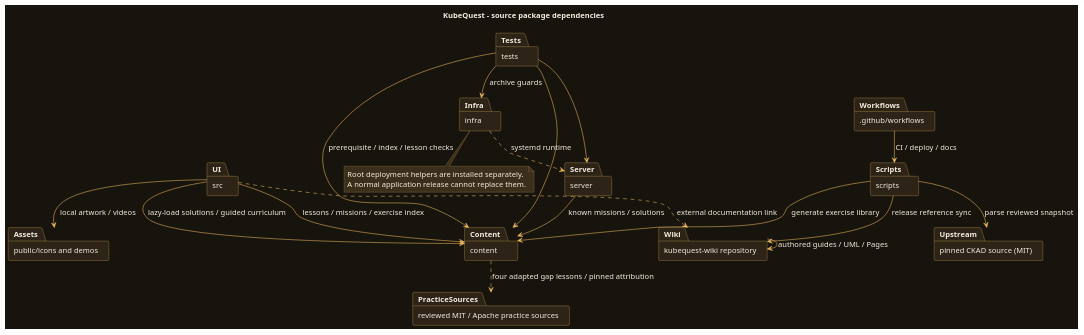
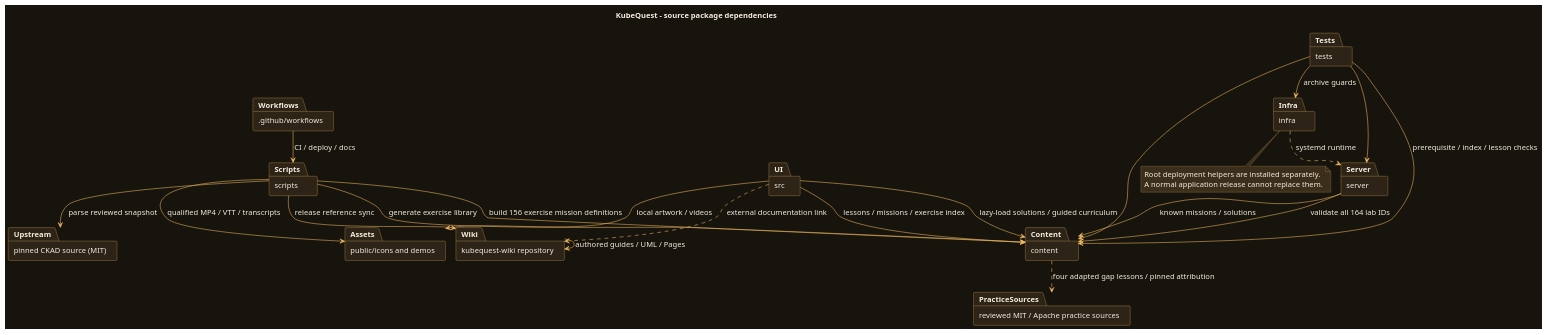
The diagram in diagrams/package.puml (ramideltoro/kubequest-wiki), drawn with PlantUML before and after one commit. The commit also changed 12 other files, not shown here.

```diff
--- a/diagrams/package.puml
+++ b/diagrams/package.puml
@@ -1,103 +1,106 @@
 @startuml
 !pragma layout smetana
 skinparam backgroundColor #17130D
 skinparam defaultFontName SansSerif
 skinparam defaultFontSize 14
 skinparam defaultFontColor #F4ECDF
 skinparam shadowing false
 skinparam ArrowColor #F3BD62
 skinparam LineColor #F3BD62
 skinparam BorderColor #F3BD62
 skinparam defaultBackgroundColor #2D2417
 skinparam classBackgroundColor #2D2417
 skinparam classBorderColor #F3BD62
 skinparam classFontColor #F4ECDF
 skinparam componentBackgroundColor #2D2417
 skinparam componentBorderColor #F3BD62
 skinparam componentFontColor #F4ECDF
 skinparam nodeBackgroundColor #2D2417
 skinparam nodeBorderColor #F3BD62
 skinparam nodeFontColor #F4ECDF
 skinparam packageBackgroundColor #2D2417
 skinparam packageBorderColor #F3BD62
 skinparam packageFontColor #F4ECDF
 skinparam rectangleBackgroundColor #2D2417
 skinparam rectangleBorderColor #F3BD62
 skinparam rectangleFontColor #F4ECDF
 skinparam databaseBackgroundColor #2D2417
 skinparam databaseBorderColor #F3BD62
 skinparam databaseFontColor #F4ECDF
 skinparam cloudBackgroundColor #2D2417
 skinparam cloudBorderColor #F3BD62
 skinparam cloudFontColor #F4ECDF
 skinparam artifactBackgroundColor #2D2417
 skinparam artifactBorderColor #F3BD62
 skinparam artifactFontColor #F4ECDF
 skinparam objectBackgroundColor #2D2417
 skinparam objectBorderColor #F3BD62
 skinparam objectFontColor #F4ECDF
 skinparam stateBackgroundColor #2D2417
 skinparam stateBorderColor #F3BD62
 skinparam stateFontColor #F4ECDF
 skinparam activityBackgroundColor #2D2417
 skinparam activityBorderColor #F3BD62
 skinparam activityFontColor #F4ECDF
 skinparam actorBackgroundColor #2D2417
 skinparam actorBorderColor #F3BD62
 skinparam actorFontColor #F4ECDF
 skinparam usecaseBackgroundColor #2D2417
 skinparam usecaseBorderColor #F3BD62
 skinparam usecaseFontColor #F4ECDF
 skinparam interfaceBackgroundColor #2D2417
 skinparam interfaceBorderColor #F3BD62
 skinparam interfaceFontColor #F4ECDF
 skinparam participantBackgroundColor #2D2417
 skinparam participantBorderColor #F3BD62
 skinparam participantFontColor #F4ECDF
 skinparam classAttributeIconSize 0
 skinparam NoteBackgroundColor #3B2E1A
 skinparam NoteBorderColor #BB9658
 skinparam NoteFontColor #F4ECDF
 skinparam sequenceLifeLineBorderColor #BB9658
 skinparam sequenceLifeLineBackgroundColor #221C13
 skinparam sequenceGroupBackgroundColor #221C13
 skinparam sequenceGroupHeaderFontColor #F4ECDF
 skinparam sequenceGroupBodyBackgroundColor #221C13
 skinparam sequenceDividerBackgroundColor #2D2417
 skinparam sequenceDividerFontColor #F4ECDF
 skinparam activityDiamondBackgroundColor #3B2E1A
 skinparam activityStartColor #F3BD62
 skinparam activityEndColor #F3BD62
 title KubeQuest - source package dependencies
 package src as UI
 package content as Content
 package server as Server
 package "kubequest-wiki repository" as Wiki
 package "public/icons and demos" as Assets
 package infra as Infra
 package scripts as Scripts
 package tests as Tests
 package ".github/workflows" as Workflows
 UI --> Content : lessons / missions / exercise index
 package "pinned CKAD source (MIT)" as Upstream
 Scripts --> Upstream : parse reviewed snapshot
 Scripts --> Content : generate exercise library
 UI --> Content : lazy-load solutions / guided curriculum
 package "reviewed MIT / Apache practice sources" as PracticeSources
 Content ..> PracticeSources : four adapted gap lessons / pinned attribution
 Tests --> Content : prerequisite / index / lesson checks
+Scripts --> Content : build 156 exercise mission definitions
+Server --> Content : validate all 164 lab IDs
+Scripts --> Assets : qualified MP4 / VTT / transcripts
 UI ..> Wiki : external documentation link
 UI --> Assets : local artwork / videos
 Server --> Content : known missions / solutions
 Tests --> Server
 Tests --> Content
 Tests --> Infra : archive guards
 Scripts --> Wiki : release reference sync
 Wiki --> Wiki : authored guides / UML / Pages
 Workflows --> Scripts : CI / deploy / docs
 Infra ..> Server : systemd runtime
 note bottom of Infra
 Root deployment helpers are installed separately.
 A normal application release cannot replace them.
 end note
 @enduml
```
